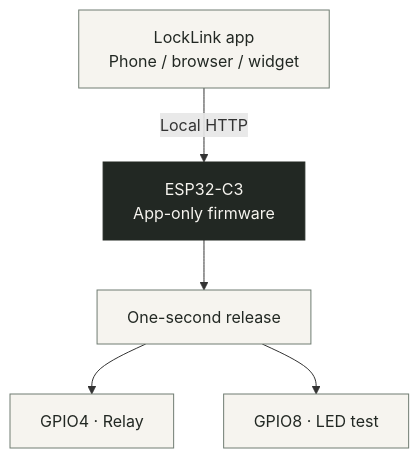
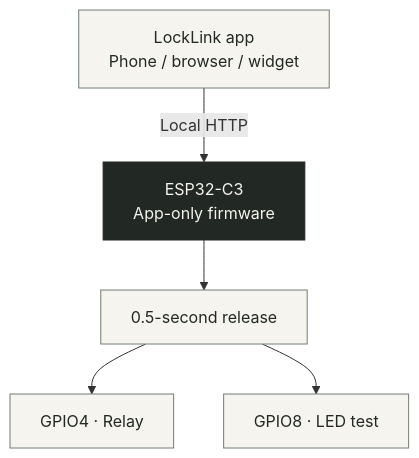
One commit to Vaibhavsh0120/LockLink changed the diagram in README.md. Above: the diagram before and after it, drawn with Mermaid. The commit also changed other lines of this file and 17 other files, not shown here.

````diff
--- a/README.md
+++ b/README.md
@@ -41,10 +41,10 @@
 ```mermaid
 flowchart TD
     app["LockLink app<br/>Phone / browser / widget"] -->|Local HTTP| device["ESP32-C3<br/>App-only firmware"]
-    device --> pulse["One-second release"]
+    device --> pulse["0.5-second release"]
     pulse --> relay["GPIO4 · Relay"]
     pulse --> led["GPIO8 · LED test"]
     classDef default fill:#f6f4ef,stroke:#707c72,color:#222823
     classDef controller fill:#222823,stroke:#222823,color:#f6f4ef
     class device controller
 ```
````
